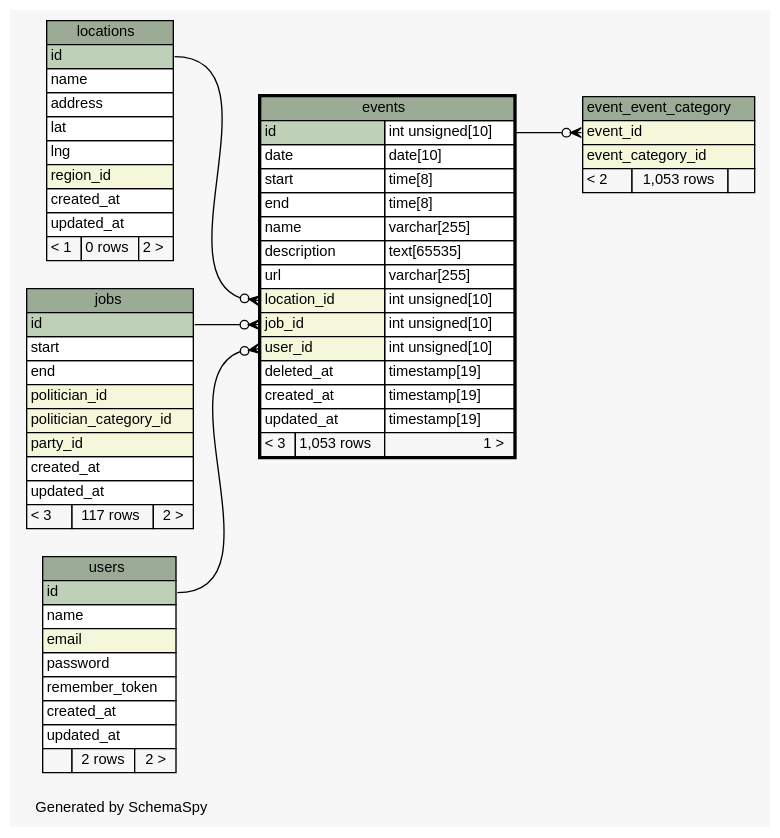
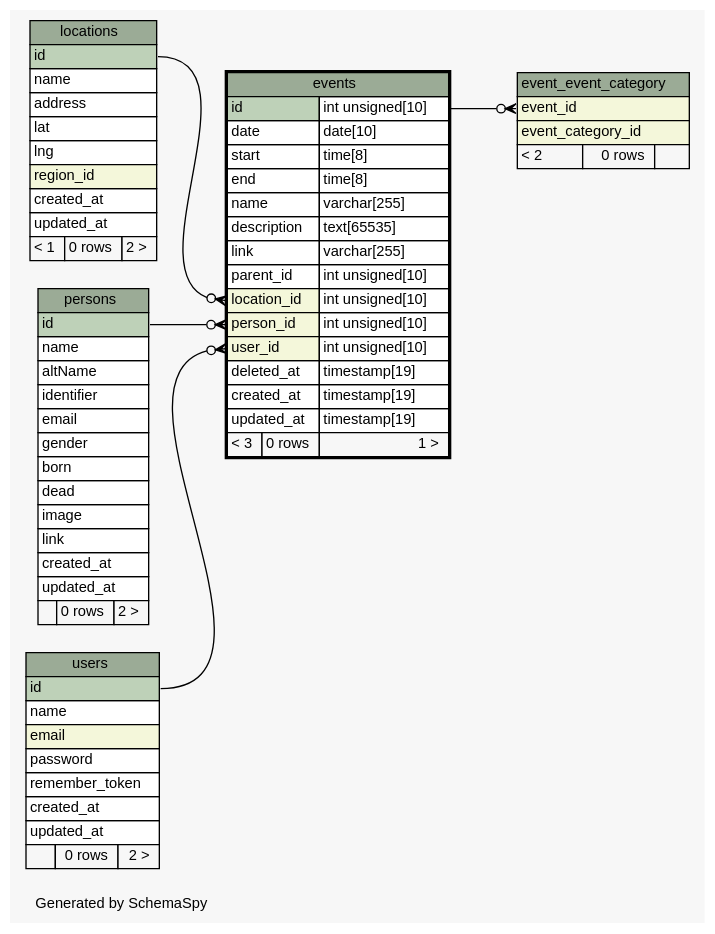
One commit to g0v/poli-radar-api changed the diagram in docs/diagrams/events.1degree.dot. Above: the diagram before and after it, drawn with Graphviz. The commit also changed 140 other files, not shown here.

```diff
--- a/docs/diagrams/events.1degree.dot
+++ b/docs/diagrams/events.1degree.dot
@@ -1,109 +1,114 @@
 // dot 2.28.0 on Windows 10 10.0
 // SchemaSpy rev 590
 digraph "oneDegreeRelationshipsDiagram" {
   graph [
     rankdir="RL"
     bgcolor="#f7f7f7"
     label="\nGenerated by SchemaSpy"
     labeljust="l"
     nodesep="0.18"
     ranksep="0.46"
     fontname="Helvetica"
     fontsize="11"
   ];
   node [
     fontname="Helvetica"
     fontsize="11"
     shape="plaintext"
   ];
   edge [
     arrowsize="0.8"
   ];
   "event_event_category":"event_id":w -> "events":"id.type":e [arrowhead=none dir=back arrowtail=crowodot];
-  "events":"job_id":w -> "jobs":"id":e [arrowhead=none dir=back arrowtail=crowodot];
   "events":"location_id":w -> "locations":"id":e [arrowhead=none dir=back arrowtail=crowodot];
+  "events":"person_id":w -> "persons":"id":e [arrowhead=none dir=back arrowtail=crowodot];
   "events":"user_id":w -> "users":"id":e [arrowhead=none dir=back arrowtail=crowodot];
   "event_event_category" [
     label=<
     <TABLE BORDER="0" CELLBORDER="1" CELLSPACING="0" BGCOLOR="#ffffff">
       <TR><TD COLSPAN="3" BGCOLOR="#9bab96" ALIGN="CENTER">event_event_category</TD></TR>
       <TR><TD PORT="event_id" COLSPAN="3" BGCOLOR="#f4f7da" ALIGN="LEFT">event_id</TD></TR>
       <TR><TD PORT="event_category_id" COLSPAN="3" BGCOLOR="#f4f7da" ALIGN="LEFT">event_category_id</TD></TR>
-      <TR><TD ALIGN="LEFT" BGCOLOR="#f7f7f7">&lt; 2</TD><TD ALIGN="RIGHT" BGCOLOR="#f7f7f7">1,053 rows</TD><TD ALIGN="RIGHT" BGCOLOR="#f7f7f7">  </TD></TR>
+      <TR><TD ALIGN="LEFT" BGCOLOR="#f7f7f7">&lt; 2</TD><TD ALIGN="RIGHT" BGCOLOR="#f7f7f7">0 rows</TD><TD ALIGN="RIGHT" BGCOLOR="#f7f7f7">  </TD></TR>
     </TABLE>>
     URL="event_event_category.html"
     tooltip="event_event_category"
   ];
   "events" [
     label=<
     <TABLE BORDER="2" CELLBORDER="1" CELLSPACING="0" BGCOLOR="#ffffff">
       <TR><TD COLSPAN="3" BGCOLOR="#9bab96" ALIGN="CENTER">events</TD></TR>
       <TR><TD PORT="id" COLSPAN="2" BGCOLOR="#bed1b8" ALIGN="LEFT">id</TD><TD PORT="id.type" ALIGN="LEFT">int unsigned[10]</TD></TR>
       <TR><TD PORT="date" COLSPAN="2" ALIGN="LEFT">date</TD><TD PORT="date.type" ALIGN="LEFT">date[10]</TD></TR>
       <TR><TD PORT="start" COLSPAN="2" ALIGN="LEFT">start</TD><TD PORT="start.type" ALIGN="LEFT">time[8]</TD></TR>
       <TR><TD PORT="end" COLSPAN="2" ALIGN="LEFT">end</TD><TD PORT="end.type" ALIGN="LEFT">time[8]</TD></TR>
       <TR><TD PORT="name" COLSPAN="2" ALIGN="LEFT">name</TD><TD PORT="name.type" ALIGN="LEFT">varchar[255]</TD></TR>
       <TR><TD PORT="description" COLSPAN="2" ALIGN="LEFT">description</TD><TD PORT="description.type" ALIGN="LEFT">text[65535]</TD></TR>
-      <TR><TD PORT="url" COLSPAN="2" ALIGN="LEFT">url</TD><TD PORT="url.type" ALIGN="LEFT">varchar[255]</TD></TR>
+      <TR><TD PORT="link" COLSPAN="2" ALIGN="LEFT">link</TD><TD PORT="link.type" ALIGN="LEFT">varchar[255]</TD></TR>
+      <TR><TD PORT="parent_id" COLSPAN="2" ALIGN="LEFT">parent_id</TD><TD PORT="parent_id.type" ALIGN="LEFT">int unsigned[10]</TD></TR>
       <TR><TD PORT="location_id" COLSPAN="2" BGCOLOR="#f4f7da" ALIGN="LEFT">location_id</TD><TD PORT="location_id.type" ALIGN="LEFT">int unsigned[10]</TD></TR>
-      <TR><TD PORT="job_id" COLSPAN="2" BGCOLOR="#f4f7da" ALIGN="LEFT">job_id</TD><TD PORT="job_id.type" ALIGN="LEFT">int unsigned[10]</TD></TR>
+      <TR><TD PORT="person_id" COLSPAN="2" BGCOLOR="#f4f7da" ALIGN="LEFT">person_id</TD><TD PORT="person_id.type" ALIGN="LEFT">int unsigned[10]</TD></TR>
       <TR><TD PORT="user_id" COLSPAN="2" BGCOLOR="#f4f7da" ALIGN="LEFT">user_id</TD><TD PORT="user_id.type" ALIGN="LEFT">int unsigned[10]</TD></TR>
       <TR><TD PORT="deleted_at" COLSPAN="2" ALIGN="LEFT">deleted_at</TD><TD PORT="deleted_at.type" ALIGN="LEFT">timestamp[19]</TD></TR>
       <TR><TD PORT="created_at" COLSPAN="2" ALIGN="LEFT">created_at</TD><TD PORT="created_at.type" ALIGN="LEFT">timestamp[19]</TD></TR>
       <TR><TD PORT="updated_at" COLSPAN="2" ALIGN="LEFT">updated_at</TD><TD PORT="updated_at.type" ALIGN="LEFT">timestamp[19]</TD></TR>
-      <TR><TD ALIGN="LEFT" BGCOLOR="#f7f7f7">&lt; 3</TD><TD ALIGN="RIGHT" BGCOLOR="#f7f7f7">1,053 rows</TD><TD ALIGN="RIGHT" BGCOLOR="#f7f7f7">1 &gt;</TD></TR>
+      <TR><TD ALIGN="LEFT" BGCOLOR="#f7f7f7">&lt; 3</TD><TD ALIGN="RIGHT" BGCOLOR="#f7f7f7">0 rows</TD><TD ALIGN="RIGHT" BGCOLOR="#f7f7f7">1 &gt;</TD></TR>
     </TABLE>>
     URL="events.html"
     tooltip="events"
-  ];
-  "jobs" [
-    label=<
-    <TABLE BORDER="0" CELLBORDER="1" CELLSPACING="0" BGCOLOR="#ffffff">
-      <TR><TD COLSPAN="3" BGCOLOR="#9bab96" ALIGN="CENTER">jobs</TD></TR>
-      <TR><TD PORT="id" COLSPAN="3" BGCOLOR="#bed1b8" ALIGN="LEFT">id</TD></TR>
-      <TR><TD PORT="start" COLSPAN="3" ALIGN="LEFT">start</TD></TR>
-      <TR><TD PORT="end" COLSPAN="3" ALIGN="LEFT">end</TD></TR>
-      <TR><TD PORT="politician_id" COLSPAN="3" BGCOLOR="#f4f7da" ALIGN="LEFT">politician_id</TD></TR>
-      <TR><TD PORT="politician_category_id" COLSPAN="3" BGCOLOR="#f4f7da" ALIGN="LEFT">politician_category_id</TD></TR>
-      <TR><TD PORT="party_id" COLSPAN="3" BGCOLOR="#f4f7da" ALIGN="LEFT">party_id</TD></TR>
-      <TR><TD PORT="created_at" COLSPAN="3" ALIGN="LEFT">created_at</TD></TR>
-      <TR><TD PORT="updated_at" COLSPAN="3" ALIGN="LEFT">updated_at</TD></TR>
-      <TR><TD ALIGN="LEFT" BGCOLOR="#f7f7f7">&lt; 3</TD><TD ALIGN="RIGHT" BGCOLOR="#f7f7f7">117 rows</TD><TD ALIGN="RIGHT" BGCOLOR="#f7f7f7">2 &gt;</TD></TR>
-    </TABLE>>
-    URL="jobs.html"
-    tooltip="jobs"
   ];
   "locations" [
     label=<
     <TABLE BORDER="0" CELLBORDER="1" CELLSPACING="0" BGCOLOR="#ffffff">
       <TR><TD COLSPAN="3" BGCOLOR="#9bab96" ALIGN="CENTER">locations</TD></TR>
       <TR><TD PORT="id" COLSPAN="3" BGCOLOR="#bed1b8" ALIGN="LEFT">id</TD></TR>
       <TR><TD PORT="name" COLSPAN="3" ALIGN="LEFT">name</TD></TR>
       <TR><TD PORT="address" COLSPAN="3" ALIGN="LEFT">address</TD></TR>
       <TR><TD PORT="lat" COLSPAN="3" ALIGN="LEFT">lat</TD></TR>
       <TR><TD PORT="lng" COLSPAN="3" ALIGN="LEFT">lng</TD></TR>
       <TR><TD PORT="region_id" COLSPAN="3" BGCOLOR="#f4f7da" ALIGN="LEFT">region_id</TD></TR>
       <TR><TD PORT="created_at" COLSPAN="3" ALIGN="LEFT">created_at</TD></TR>
       <TR><TD PORT="updated_at" COLSPAN="3" ALIGN="LEFT">updated_at</TD></TR>
       <TR><TD ALIGN="LEFT" BGCOLOR="#f7f7f7">&lt; 1</TD><TD ALIGN="RIGHT" BGCOLOR="#f7f7f7">0 rows</TD><TD ALIGN="RIGHT" BGCOLOR="#f7f7f7">2 &gt;</TD></TR>
     </TABLE>>
     URL="locations.html"
     tooltip="locations"
   ];
+  "persons" [
+    label=<
+    <TABLE BORDER="0" CELLBORDER="1" CELLSPACING="0" BGCOLOR="#ffffff">
+      <TR><TD COLSPAN="3" BGCOLOR="#9bab96" ALIGN="CENTER">persons</TD></TR>
+      <TR><TD PORT="id" COLSPAN="3" BGCOLOR="#bed1b8" ALIGN="LEFT">id</TD></TR>
+      <TR><TD PORT="name" COLSPAN="3" ALIGN="LEFT">name</TD></TR>
+      <TR><TD PORT="altName" COLSPAN="3" ALIGN="LEFT">altName</TD></TR>
+      <TR><TD PORT="identifier" COLSPAN="3" ALIGN="LEFT">identifier</TD></TR>
+      <TR><TD PORT="email" COLSPAN="3" ALIGN="LEFT">email</TD></TR>
+      <TR><TD PORT="gender" COLSPAN="3" ALIGN="LEFT">gender</TD></TR>
+      <TR><TD PORT="born" COLSPAN="3" ALIGN="LEFT">born</TD></TR>
+      <TR><TD PORT="dead" COLSPAN="3" ALIGN="LEFT">dead</TD></TR>
+      <TR><TD PORT="image" COLSPAN="3" ALIGN="LEFT">image</TD></TR>
+      <TR><TD PORT="link" COLSPAN="3" ALIGN="LEFT">link</TD></TR>
+      <TR><TD PORT="created_at" COLSPAN="3" ALIGN="LEFT">created_at</TD></TR>
+      <TR><TD PORT="updated_at" COLSPAN="3" ALIGN="LEFT">updated_at</TD></TR>
+      <TR><TD ALIGN="LEFT" BGCOLOR="#f7f7f7">  </TD><TD ALIGN="RIGHT" BGCOLOR="#f7f7f7">0 rows</TD><TD ALIGN="RIGHT" BGCOLOR="#f7f7f7">2 &gt;</TD></TR>
+    </TABLE>>
+    URL="persons.html"
+    tooltip="persons"
+  ];
   "users" [
     label=<
     <TABLE BORDER="0" CELLBORDER="1" CELLSPACING="0" BGCOLOR="#ffffff">
       <TR><TD COLSPAN="3" BGCOLOR="#9bab96" ALIGN="CENTER">users</TD></TR>
       <TR><TD PORT="id" COLSPAN="3" BGCOLOR="#bed1b8" ALIGN="LEFT">id</TD></TR>
       <TR><TD PORT="name" COLSPAN="3" ALIGN="LEFT">name</TD></TR>
       <TR><TD PORT="email" COLSPAN="3" BGCOLOR="#f4f7da" ALIGN="LEFT">email</TD></TR>
       <TR><TD PORT="password" COLSPAN="3" ALIGN="LEFT">password</TD></TR>
       <TR><TD PORT="remember_token" COLSPAN="3" ALIGN="LEFT">remember_token</TD></TR>
       <TR><TD PORT="created_at" COLSPAN="3" ALIGN="LEFT">created_at</TD></TR>
       <TR><TD PORT="updated_at" COLSPAN="3" ALIGN="LEFT">updated_at</TD></TR>
-      <TR><TD ALIGN="LEFT" BGCOLOR="#f7f7f7">  </TD><TD ALIGN="RIGHT" BGCOLOR="#f7f7f7">2 rows</TD><TD ALIGN="RIGHT" BGCOLOR="#f7f7f7">2 &gt;</TD></TR>
+      <TR><TD ALIGN="LEFT" BGCOLOR="#f7f7f7">  </TD><TD ALIGN="RIGHT" BGCOLOR="#f7f7f7">0 rows</TD><TD ALIGN="RIGHT" BGCOLOR="#f7f7f7">2 &gt;</TD></TR>
     </TABLE>>
     URL="users.html"
     tooltip="users"
   ];
 }
```
